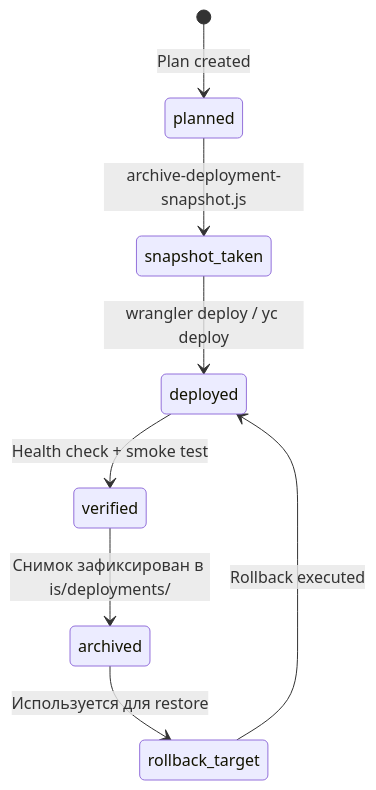
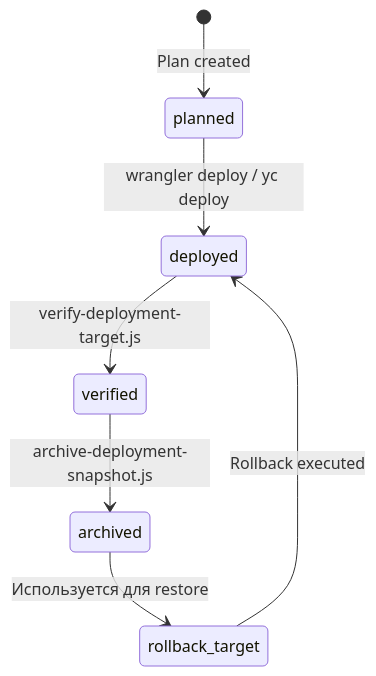
Before and after one commit to aoponomarev/mmb: the fourth of 5 diagrams in docs/ais/ais-lifecycle.md, drawn with Mermaid. The commit also changed other lines of this file and 35 other files, not shown here.

````diff
--- a/docs/ais/ais-lifecycle.md
+++ b/docs/ais/ais-lifecycle.md
@@ -95,10 +95,9 @@
 ```mermaid
 stateDiagram-v2
     [*] --> planned: Plan created
-    planned --> snapshot_taken: archive-deployment-snapshot.js
-    snapshot_taken --> deployed: wrangler deploy / yc deploy
-    deployed --> verified: Health check + smoke test
-    verified --> archived: Снимок зафиксирован в is/deployments/
+    planned --> deployed: wrangler deploy / yc deploy
+    deployed --> verified: verify-deployment-target.js
+    verified --> archived: archive-deployment-snapshot.js
     archived --> rollback_target: Используется для restore
     rollback_target --> deployed: Rollback executed
 ```
````
